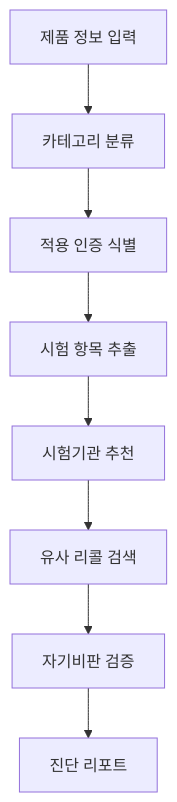
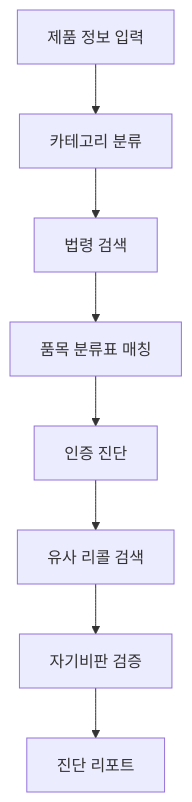
One commit to hamin-kang/kcpilot changed the second of 2 diagrams in README.md. Above: the diagram before and after it, drawn with Mermaid. The commit also changed other lines of this file and 4 other files, not shown here.

````diff
--- a/README.md
+++ b/README.md
@@ -58,10 +58,10 @@
 ```mermaid
 flowchart TB
     A[제품 정보 입력] --> B[카테고리 분류]
-    B --> C[적용 인증 식별]
-    C --> D[시험 항목 추출]
-    D --> E[시험기관 추천]
+    B --> C[법령 검색]
+    C --> D[품목 분류표 매칭]
+    D --> E[인증 진단]
     E --> F[유사 리콜 검색]
     F --> G[자기비판 검증]
     G --> H[진단 리포트]
 ```
````
